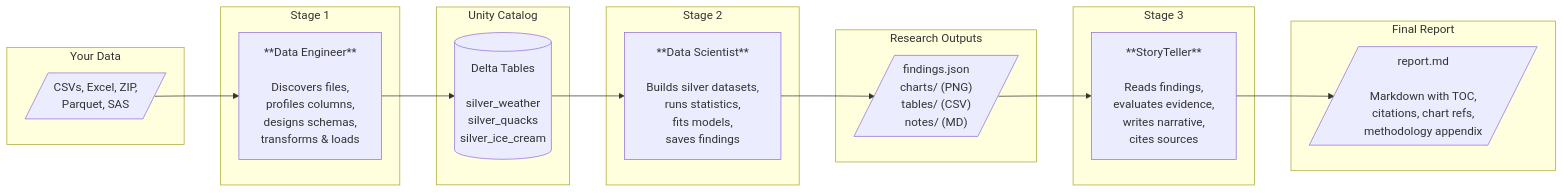
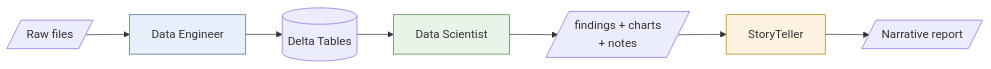
One commit to jweinberg-a2a/versifai-data-agents changed the first of 11 diagrams in docs/architecture.md. Above: the diagram before and after it, drawn with Mermaid. The commit also changed other lines of this file and 4 other files, not shown here.

Commit message:
diagrams fixed

````diff
--- a/docs/architecture.md
+++ b/docs/architecture.md
@@ -13,37 +13,13 @@
 ```mermaid
 flowchart LR
-    subgraph inputs["Your Data"]
-        RAW[/"CSVs, Excel, ZIP,<br>Parquet, SAS"/]
-    end
+    RAW[/"Raw files"/] --> DE["Data Engineer"]
+    DE --> DT[("Delta Tables")]
+    DT --> DS["Data Scientist"]
+    DS --> FO[/"findings + charts<br>+ notes"/]
+    FO --> ST["StoryTeller"]
+    ST --> RPT[/"Narrative report"/]
 
-    subgraph engineer["Stage 1"]
-        DE["**Data Engineer**<br><br>Discovers files,<br>profiles columns,<br>designs schemas,<br>transforms & loads"]
-    end
-
-    subgraph catalog["Unity Catalog"]
-        DT[("Delta Tables<br><br>silver_weather<br>silver_quacks<br>silver_ice_cream")]
-    end
-
-    subgraph scientist["Stage 2"]
-        DS["**Data Scientist**<br><br>Builds silver datasets,<br>runs statistics,<br>fits models,<br>saves findings"]
-    end
-
-    subgraph outputs["Research Outputs"]
-        FO[/"findings.json<br>charts/ (PNG)<br>tables/ (CSV)<br>notes/ (MD)"/]
-    end
-
-    subgraph storyteller["Stage 3"]
-        ST["**StoryTeller**<br><br>Reads findings,<br>evaluates evidence,<br>writes narrative,<br>cites sources"]
-    end
-
-    subgraph report["Final Report"]
-        RPT[/"report.md<br><br>Markdown with TOC,<br>citations, chart refs,<br>methodology appendix"/]
-    end
-
-    RAW --> DE
-    DE --> DT
-    DT --> DS
-    DS --> FO
-    FO --> ST
-    ST --> RPT
+    style DE fill:#e8f0fe,stroke:#4a6f93
+    style DS fill:#e8f4e8,stroke:#4a8a4a
+    style ST fill:#fef3e0,stroke:#b38600
 ```
````
